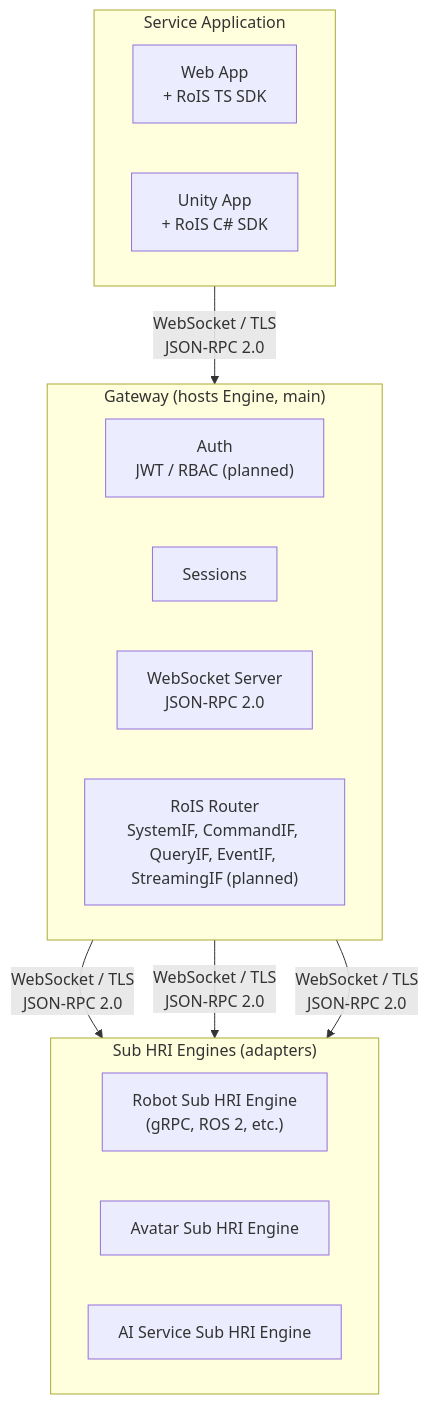
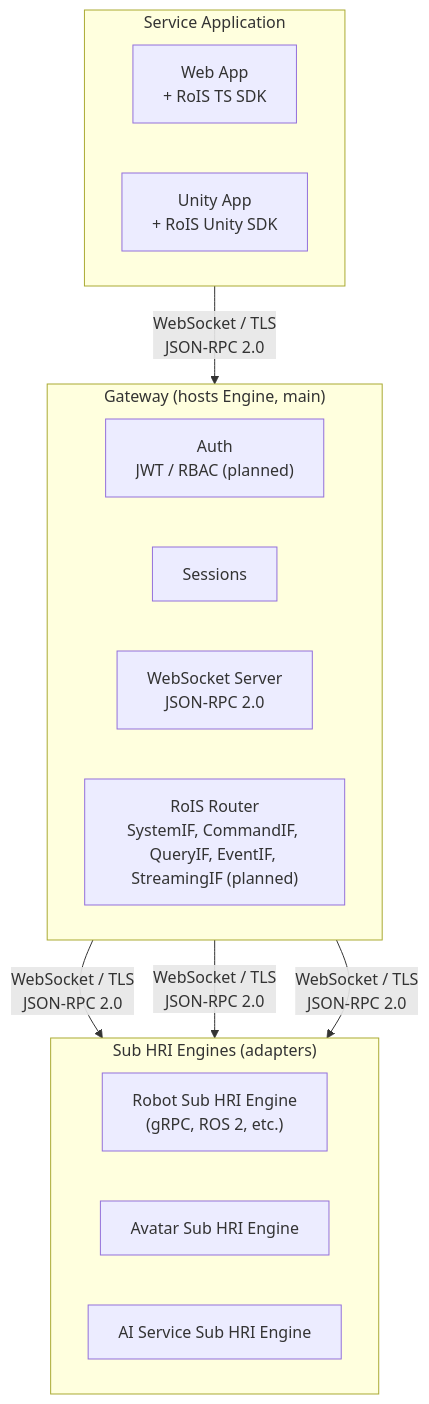
Before and after one commit to openrois/openrois: the first of 5 diagrams in docs/architecture.md, drawn with Mermaid. The commit also changed other lines of this file and 95 other files, not shown here.

````diff
--- a/docs/architecture.md
+++ b/docs/architecture.md
@@ -187,28 +187,28 @@
 ```mermaid
 flowchart TB
     subgraph L1["Service Application"]
         direction LR
         WebApp["Web App<br/>+ RoIS TS SDK"]
-        UnityApp["Unity App<br/>+ RoIS C# SDK"]
+        UnityApp["Unity App<br/>+ RoIS Unity SDK"]
     end
 
     subgraph L2["Gateway (hosts Engine, main)"]
         direction LR
         Auth["Auth<br/>JWT / RBAC (planned)"]
         Session["Sessions"]
         WSServer["WebSocket Server<br/>JSON-RPC 2.0"]
         Router["RoIS Router<br/>SystemIF, CommandIF, QueryIF, EventIF, StreamingIF (planned)"]
     end
 
     subgraph L3["Sub HRI Engines (adapters)"]
         direction LR
         RobotSubEngine["Robot Sub HRI Engine<br/>(gRPC, ROS 2, etc.)"]
         AvatarSubEngine["Avatar Sub HRI Engine"]
         ServiceSubEngine["AI Service Sub HRI Engine"]
     end
 
     L1 -->|"WebSocket / TLS<br/>JSON-RPC 2.0"| L2
     L2 -->|"WebSocket / TLS<br/>JSON-RPC 2.0"| RobotSubEngine
     L2 -->|"WebSocket / TLS<br/>JSON-RPC 2.0"| AvatarSubEngine
     L2 -->|"WebSocket / TLS<br/>JSON-RPC 2.0"| ServiceSubEngine
 ```
````
